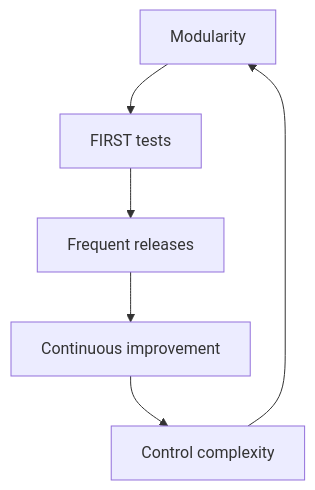
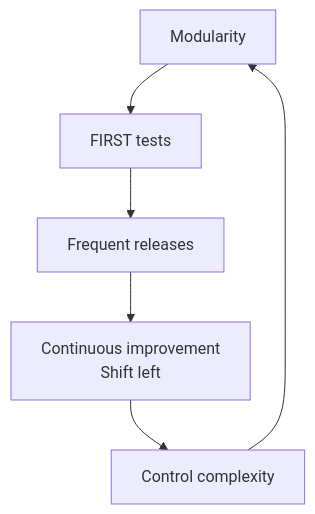
The second of 2 diagrams in transcripts.md (clean-code-craft-p-1/assignments-pja), drawn with Mermaid before and after one commit. The commit also changed other lines of this file, not shown here.

````diff
--- a/transcripts.md
+++ b/transcripts.md
@@ -46,8 +46,8 @@
 ```mermaid
 graph TD
     M["Modularity"] --> T["FIRST tests"]
     T --> F["Frequent releases"]
-    F --> C["Continuous improvement"]
+    F --> C["Continuous improvement<br>Shift left"]
     C --> X["Control complexity"]
     X --> M
 ```
````
